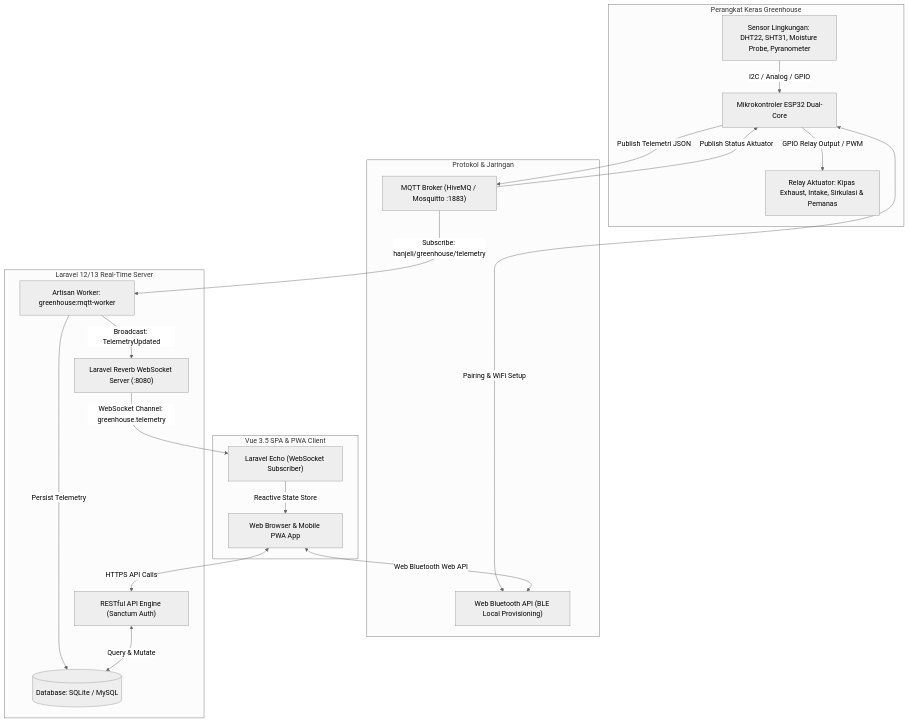
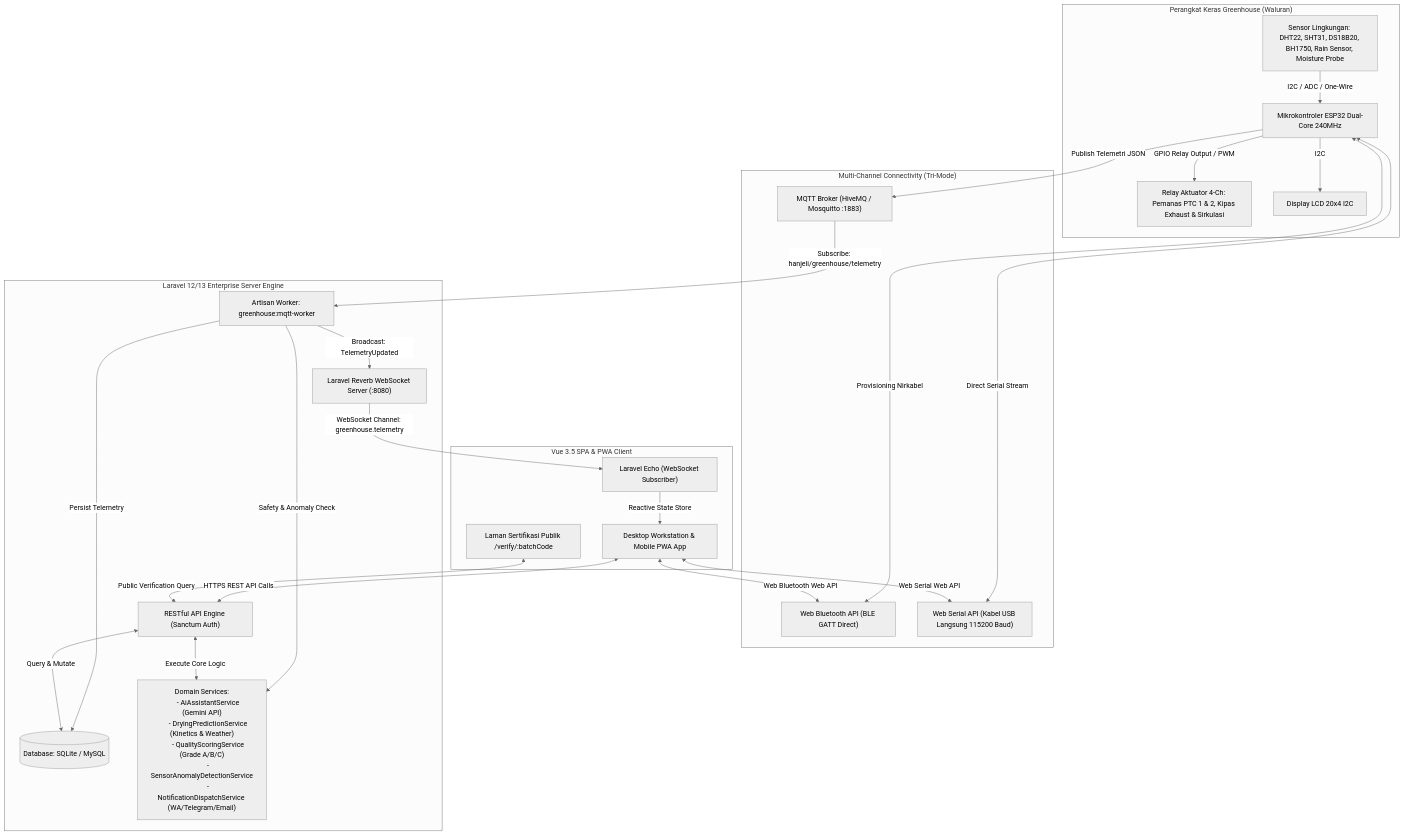
Before and after one commit to fatintsani/app-smart-dryer-hanjeli: the diagram in README.md, drawn with Mermaid (neutral theme). The commit also changed other lines of this file and 42 other files, not shown here.

Commit message:
feat: scaffold comprehensive frontend views, services, and backend controllers for Hanjeli Smart Dryer system

````diff
--- a/README.md
+++ b/README.md
@@ -117,40 +137,54 @@
 ```mermaid
 flowchart TD
-    subgraph Hardware ["Perangkat Keras Greenhouse"]
-        ESP32["Mikrokontroler ESP32 Dual-Core"]
-        Sensors["Sensor Lingkungan: DHT22, SHT31, Moisture Probe, Pyranometer"]
-        Relays["Relay Aktuator: Kipas Exhaust, Intake, Sirkulasi & Pemanas"]
-        Sensors -->|I2C / Analog / GPIO| ESP32
+    subgraph Hardware ["Perangkat Keras Greenhouse (Waluran)"]
+        ESP32["Mikrokontroler ESP32 Dual-Core 240MHz"]
+        Sensors["Sensor Lingkungan: DHT22, SHT31, DS18B20, BH1750, Rain Sensor, Moisture Probe"]
+        Relays["Relay Aktuator 4-Ch: Pemanas PTC 1 & 2, Kipas Exhaust & Sirkulasi"]
+        LCD["Display LCD 20x4 I2C"]
+        Sensors -->|I2C / ADC / One-Wire| ESP32
         ESP32 -->|GPIO Relay Output / PWM| Relays
+        ESP32 -->|I2C| LCD
     end
 
-    subgraph Connectivity ["Protokol & Jaringan"]
-        BLE["Web Bluetooth API (BLE Local Provisioning)"]
+    subgraph Connectivity ["Multi-Channel Connectivity (Tri-Mode)"]
         MQTTBroker["MQTT Broker (HiveMQ / Mosquitto :1883)"]
-        ESP32 <-->|Pairing & WiFi Setup| BLE
+        BLE["Web Bluetooth API (BLE GATT Direct)"]
+        USB["Web Serial API (Kabel USB Langsung 115200 Baud)"]
         ESP32 -->|Publish Telemetri JSON| MQTTBroker
-        MQTTBroker -->|Publish Status Aktuator| ESP32
+        ESP32 <-->|Provisioning Nirkabel| BLE
+        ESP32 <-->|Direct Serial Stream| USB
     end
 
-    subgraph Backend ["Laravel 12/13 Real-Time Server"]
+    subgraph Backend ["Laravel 12/13 Enterprise Server Engine"]
         MQTTWorker["Artisan Worker: greenhouse:mqtt-worker"]
         DB[("Database: SQLite / MySQL")]
         Reverb["Laravel Reverb WebSocket Server (:8080)"]
         REST["RESTful API Engine (Sanctum Auth)"]
+        Services["Domain Services:
+        - AiAssistantService (Gemini API)
+        - DryingPredictionService (Kinetics & Weather)
+        - QualityScoringService (Grade A/B/C)
+        - SensorAnomalyDetectionService
+        - NotificationDispatchService (WA/Telegram/Email)"]
         
         MQTTBroker -->|Subscribe: hanjeli/greenhouse/telemetry| MQTTWorker
         MQTTWorker -->|Persist Telemetry| DB
         MQTTWorker -->|Broadcast: TelemetryUpdated| Reverb
+        MQTTWorker -->|Safety & Anomaly Check| Services
         REST <-->|Query & Mutate| DB
+        REST <-->|Execute Core Logic| Services
     end
 
     subgraph Frontend ["Vue 3.5 SPA & PWA Client"]
-        WebClient["Web Browser & Mobile PWA App"]
+        WebClient["Desktop Workstation & Mobile PWA App"]
         Echo["Laravel Echo (WebSocket Subscriber)"]
+        PublicVerify["Laman Sertifikasi Publik /verify/:batchCode"]
         
-        WebClient <-->|Web Bluetooth Web API| BLE
         Reverb -->|WebSocket Channel: greenhouse.telemetry| Echo
         Echo -->|Reactive State Store| WebClient
-        WebClient <-->|HTTPS API Calls| REST
+        WebClient <-->|Web Bluetooth Web API| BLE
+        WebClient <-->|Web Serial Web API| USB
+        WebClient <-->|HTTPS REST API Calls| REST
+        PublicVerify <-->|Public Verification Query| REST
     end
 ```
````
